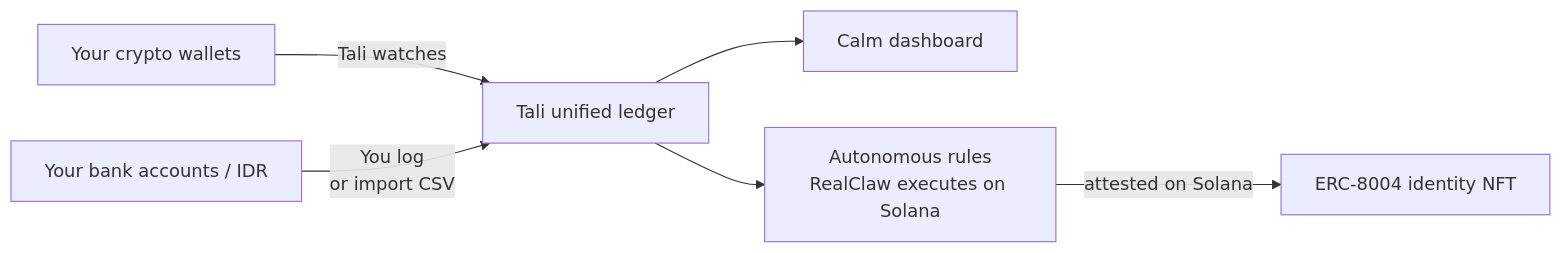
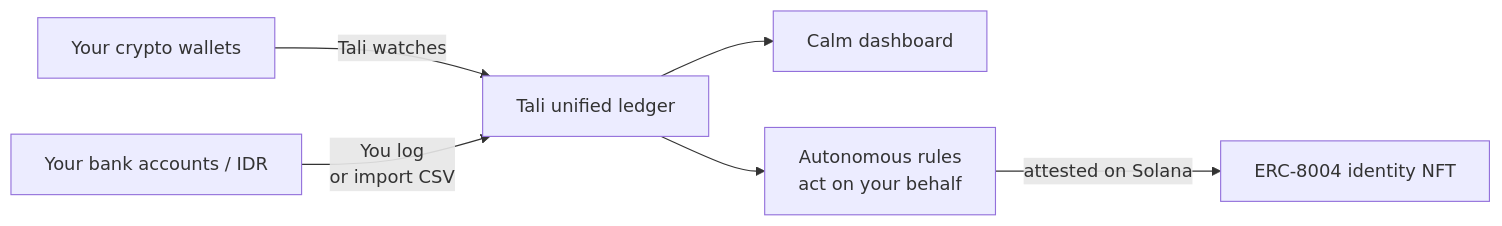
The diagram in README.md (aliyanamu/tali), drawn with Mermaid before and after one commit. The commit also changed other lines of this file and 3 other files, not shown here.

First line of the commit message:
docs: update product narrative, architecture, and positioning

````diff
--- a/README.md
+++ b/README.md
@@ -30,8 +30,8 @@
 ```mermaid
 graph LR
     A[Your crypto wallets] -->|Tali watches| C
     B[Your bank accounts / IDR] -->|You log<br/>or import CSV| C
     C[Tali unified ledger] --> D[Calm dashboard]
-    C --> E[Autonomous rules<br/>RealClaw executes on Solana]
+    C --> E[Autonomous rules<br/>act on your behalf]
     E -->|attested on Solana| F[ERC-8004 identity NFT]
 ```
````
